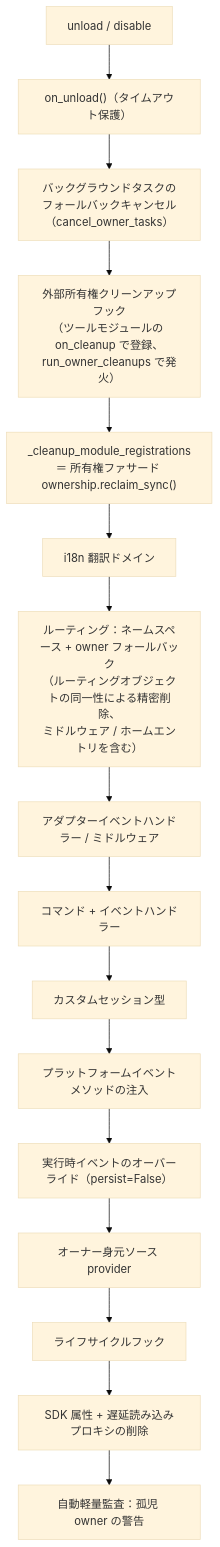
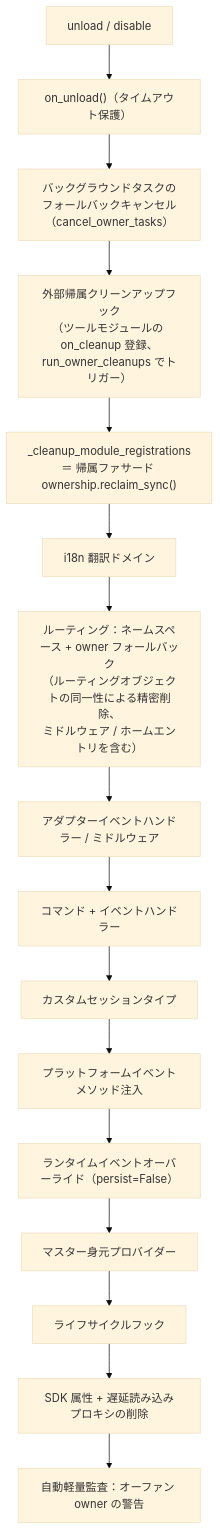
One commit to ErisPulse/ErisPulse changed the diagram in docs/ja/advanced/ownership.md. Above: the diagram before and after it, drawn with Mermaid (base theme). The commit also changed other lines of this file and 331 other files, not shown here.

````diff
--- a/docs/ja/advanced/ownership.md
+++ b/docs/ja/advanced/ownership.md
@@ -94,18 +94,18 @@
 ```mermaid
 flowchart TD
     A["unload / disable"] --> B["on_unload()（タイムアウト保護）"]
     B --> C["バックグラウンドタスクのフォールバックキャンセル（cancel_owner_tasks）"]
-    C --> C1["外部所有権クリーンアップフック<br/>（ツールモジュールの on_cleanup で登録、run_owner_cleanups で発火）"]
-    C1 --> D["_cleanup_module_registrations<br/>＝ 所有権ファサード ownership.reclaim_sync()"]
+    C --> C1["外部帰属クリーンアップフック<br/>（ツールモジュールの on_cleanup 登録、run_owner_cleanups でトリガー）"]
+    C1 --> D["_cleanup_module_registrations<br/>＝ 帰属ファサード ownership.reclaim_sync()"]
     D --> D1["i18n 翻訳ドメイン"]
     D1 --> D2["ルーティング：ネームスペース + owner フォールバック<br/>（ルーティングオブジェクトの同一性による精密削除、<br/>ミドルウェア / ホームエントリを含む）"]
     D2 --> D3["アダプターイベントハンドラー / ミドルウェア"]
     D3 --> D4["コマンド + イベントハンドラー"]
-    D4 --> D5["カスタムセッション型"]
-    D5 --> D5b["プラットフォームイベントメソッドの注入"]
-    D5b --> D6["実行時イベントのオーバーライド（persist=False）"]
-    D6 --> D7["オーナー身元ソース provider"]
+    D4 --> D5["カスタムセッションタイプ"]
+    D5 --> D5b["プラットフォームイベントメソッド注入"]
+    D5b --> D6["ランタイムイベントオーバーライド（persist=False）"]
+    D6 --> D7["マスター身元プロバイダー"]
     D7 --> D8["ライフサイクルフック"]
     D8 --> E["SDK 属性 + 遅延読み込みプロキシの削除"]
-    E --> F["自動軽量監査：孤児 owner の警告"]
+    E --> F["自動軽量監査：オーファン owner の警告"]
 ```
````
